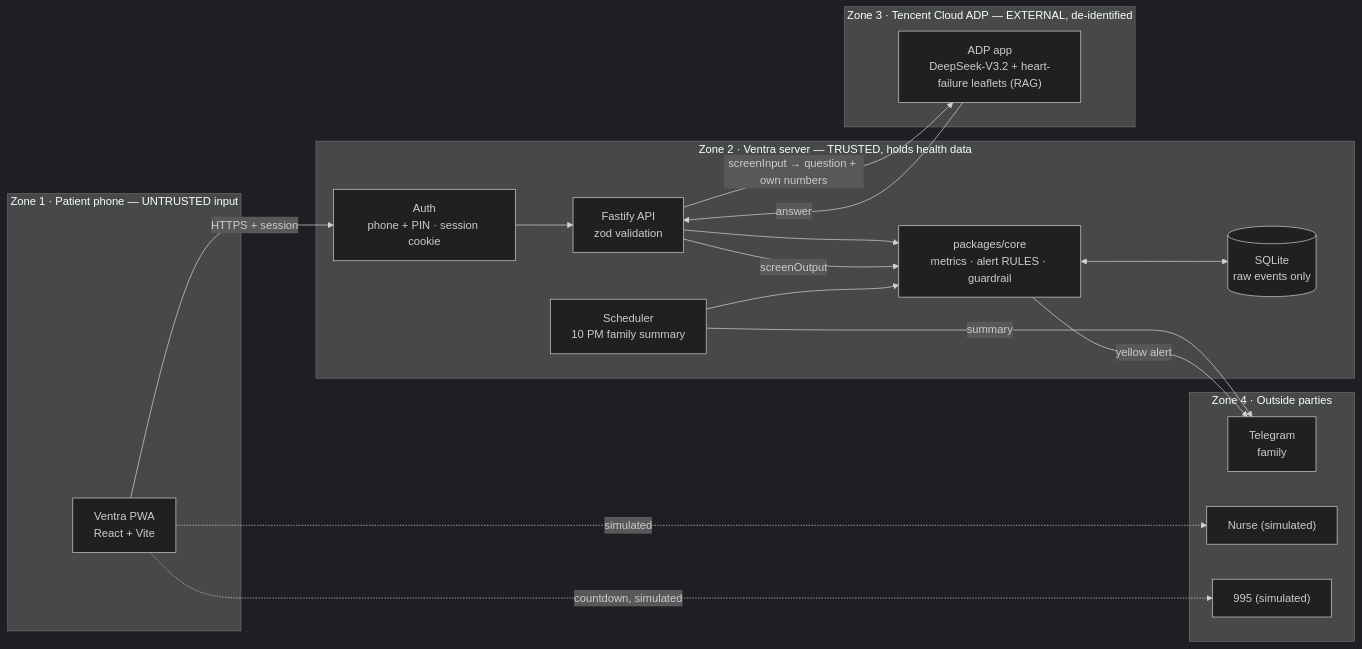
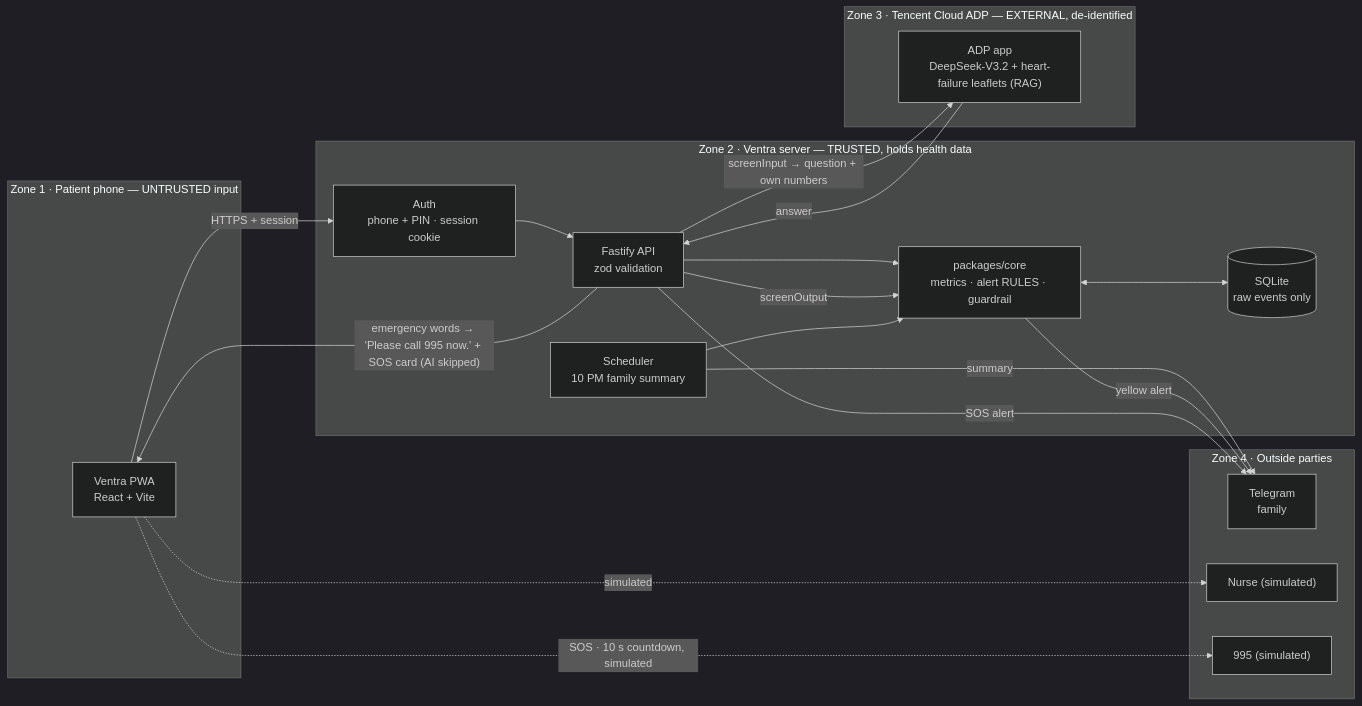
One commit to TeyYongZhun/ventra-hackathon changed the diagram in docs/architecture.md. Above: the diagram before and after it, drawn with Mermaid (dark theme). The commit also changed 1 other file, not shown here.

Commit message:
update readme for impact

````diff
--- a/docs/architecture.md
+++ b/docs/architecture.md
@@ -14,32 +14,34 @@
 ```mermaid
 flowchart LR
   subgraph Z1["Zone 1 · Patient phone — UNTRUSTED input"]
     PWA["Ventra PWA<br/>React + Vite"]
   end
   subgraph Z2["Zone 2 · Ventra server — TRUSTED, holds health data"]
     AUTH["Auth<br/>phone + PIN · session cookie"]
     API["Fastify API<br/>zod validation"]
     CORE["packages/core<br/>metrics · alert RULES · guardrail"]
     DB[("SQLite<br/>raw events only")]
     JOBS["Scheduler<br/>10 PM family summary"]
   end
   subgraph Z3["Zone 3 · Tencent Cloud ADP — EXTERNAL, de-identified"]
     ADP["ADP app<br/>DeepSeek-V3.2 + heart-failure leaflets (RAG)"]
   end
   subgraph Z4["Zone 4 · Outside parties"]
     TG["Telegram<br/>family"]
     NURSE["Nurse (simulated)"]
     E995["995 (simulated)"]
   end
   PWA -->|HTTPS + session| AUTH --> API
   API --> CORE
   CORE <--> DB
+  API -->|"emergency words → 'Please call 995 now.' + SOS card (AI skipped)"| PWA
   API -->|"screenInput → question + own numbers"| ADP
   ADP -->|"answer"| API
   API -->|"screenOutput"| CORE
   JOBS --> CORE
   JOBS -->|summary| TG
   CORE -->|yellow alert| TG
   PWA -.->|simulated| NURSE
-  PWA -.->|countdown, simulated| E995
+  PWA -.->|"SOS · 10 s countdown, simulated"| E995
+  API -->|"SOS alert"| TG
 ```
````
